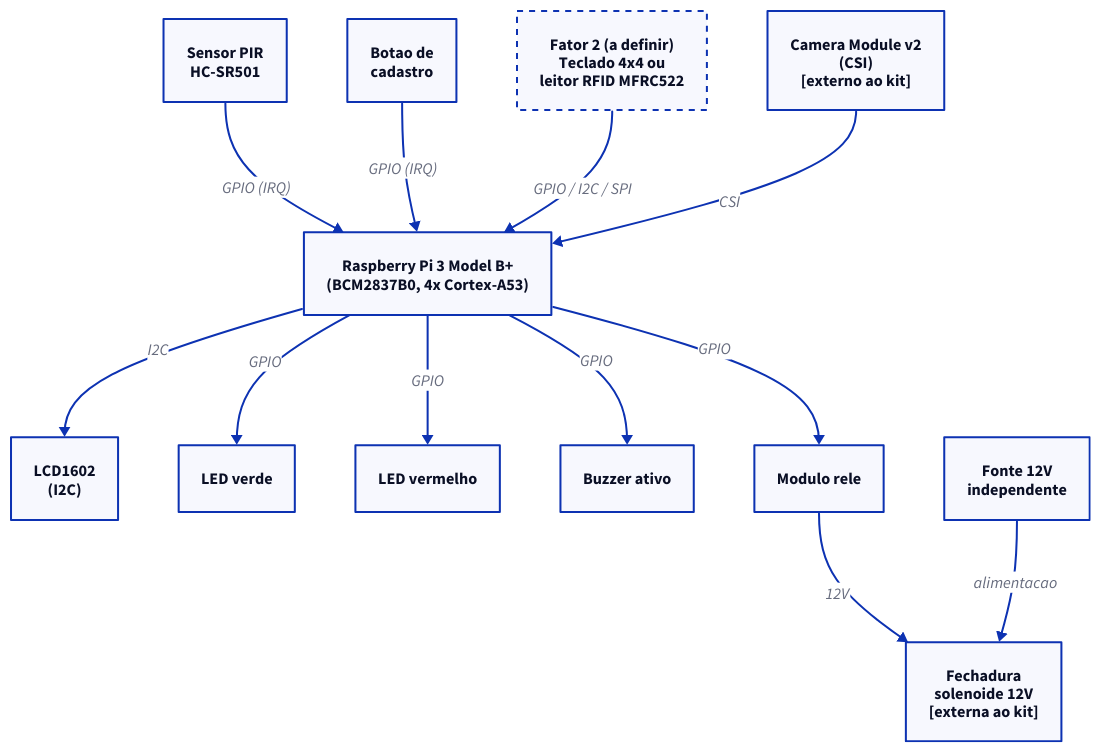
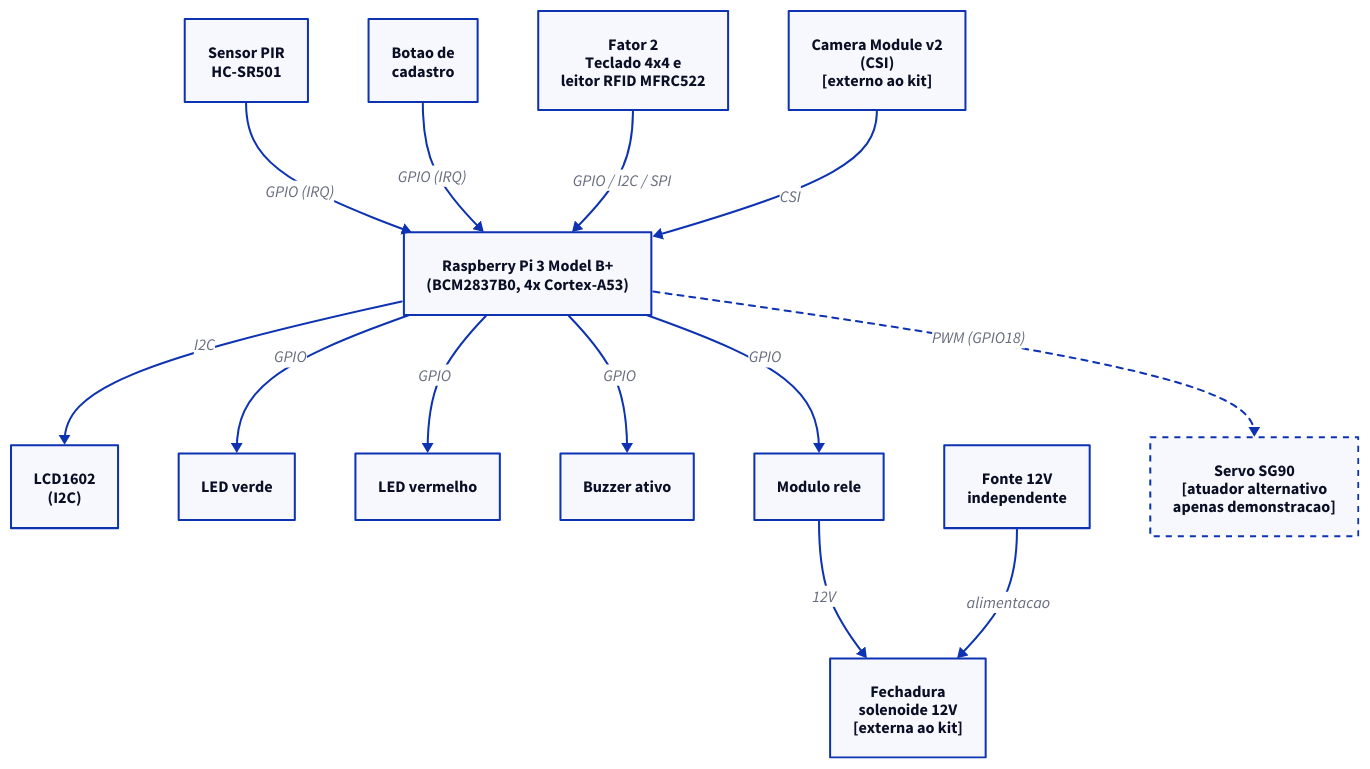
The diagram in docs/diagramas/arquitetura_fisica.d2 (LucaBompiani/pcs3732-sentinel), drawn with D2 before and after one commit. The commit also changed 19 other files, not shown here.

```diff
--- a/docs/diagramas/arquitetura_fisica.d2
+++ b/docs/diagramas/arquitetura_fisica.d2
@@ -1,63 +1,71 @@
-# Arquitetura física — proposta preliminar (Semana 1)
-# Segundo fator (teclado 4x4 vs RFID) ainda em aberto — ver docs/relatorio.md secao 3.
+# Arquitetura física
+# Segundo fator: teclado 4x4 E leitor RFID (alternativos entre si em cada tentativa).
+# Atuador: rele + solenoide (fail-secure, requisito) OU servo (apenas demonstracao).
 
 rpi: "Raspberry Pi 3 Model B+\n(BCM2837B0, 4x Cortex-A53)" {
   shape: rectangle
 }
 
 pir: "Sensor PIR\nHC-SR501" {
   shape: rectangle
 }
 
 camera: "Camera Module v2\n(CSI)\n[externo ao kit]" {
   shape: rectangle
 }
 
 botao_cadastro: "Botao de\ncadastro" {
   shape: rectangle
 }
 
-fator2: "Fator 2 (a definir)\nTeclado 4x4 ou\nleitor RFID MFRC522" {
+fator2: "Fator 2\nTeclado 4x4 e\nleitor RFID MFRC522" {
   shape: rectangle
-  style.stroke-dash: 3
 }
 
 lcd: "LCD1602\n(I2C)" {
   shape: rectangle
 }
 
 led_verde: "LED verde" {
   shape: rectangle
 }
 
 led_vermelho: "LED vermelho" {
   shape: rectangle
 }
 
 buzzer: "Buzzer ativo" {
   shape: rectangle
 }
 
 rele: "Modulo rele" {
   shape: rectangle
 }
 
 fechadura: "Fechadura\nsolenoide 12V\n[externa ao kit]" {
   shape: rectangle
 }
 
 fonte12v: "Fonte 12V\nindependente" {
   shape: rectangle
 }
 
+servo: "Servo SG90\n[atuador alternativo\napenas demonstracao]" {
+  shape: rectangle
+  style.stroke-dash: 3
+}
+
 pir -> rpi: "GPIO (IRQ)"
 botao_cadastro -> rpi: "GPIO (IRQ)"
 fator2 -> rpi: "GPIO / I2C / SPI"
 camera -> rpi: "CSI"
 rpi -> lcd: "I2C"
 rpi -> led_verde: "GPIO"
 rpi -> led_vermelho: "GPIO"
 rpi -> buzzer: "GPIO"
 rpi -> rele: "GPIO"
 rele -> fechadura: "12V"
 fonte12v -> fechadura: "alimentacao"
+rpi -> servo: "PWM (GPIO18)" {
+  style.stroke-dash: 3
+}
```
